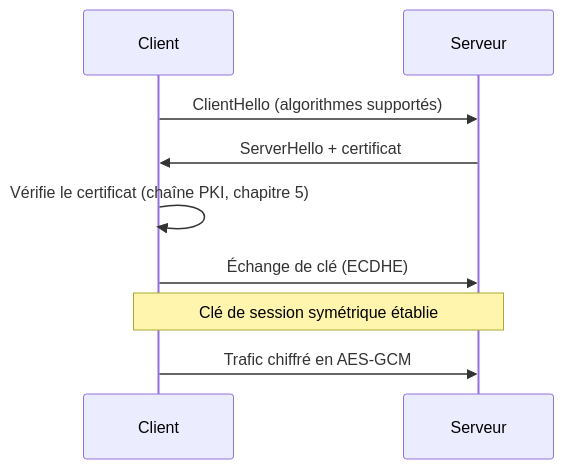
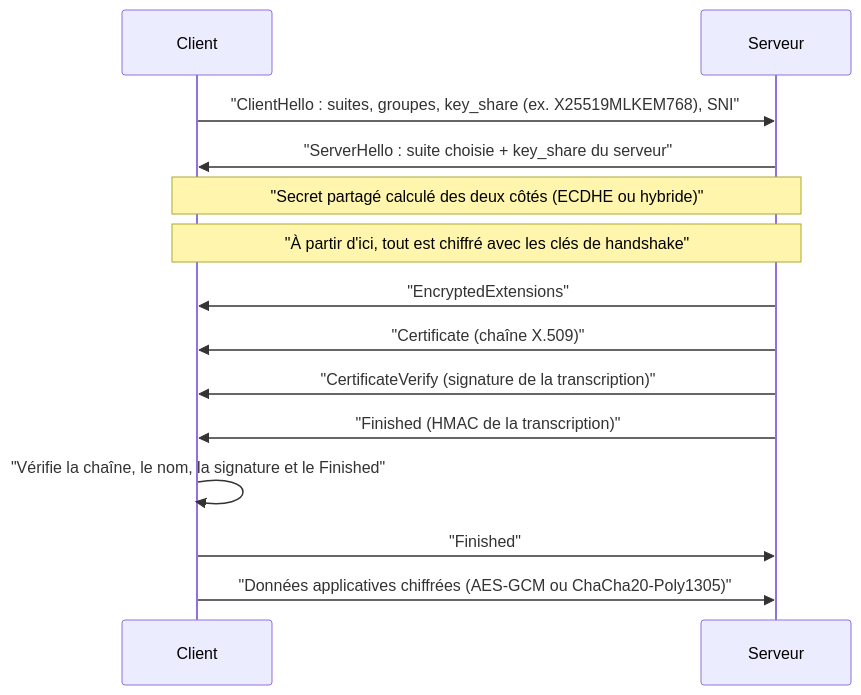
Before and after one commit to AureDulvresse/nyx: the diagram in content/courses/cryptographie/07-tls-https-en-pratique.md, drawn with Mermaid. The commit also changed other lines of this file and 167 other files, not shown here.

````diff
--- a/content/courses/cryptographie/07-tls-https-en-pratique.md
+++ b/content/courses/cryptographie/07-tls-https-en-pratique.md
@@ -21,11 +47,16 @@
 ```mermaid
 sequenceDiagram
     participant C as Client
     participant S as Serveur
-    C->>S: ClientHello (algorithmes supportés)
-    S->>C: ServerHello + certificat
-    C->>C: Vérifie le certificat (chaîne PKI, chapitre 5)
-    C->>S: Échange de clé (ECDHE)
-    Note over C,S: Clé de session symétrique établie
-    C->>S: Trafic chiffré en AES-GCM
+    C->>S: "ClientHello : suites, groupes, key_share (ex. X25519MLKEM768), SNI"
+    S->>C: "ServerHello : suite choisie + key_share du serveur"
+    Note over C,S: "Secret partagé calculé des deux côtés (ECDHE ou hybride)"
+    Note over C,S: "À partir d'ici, tout est chiffré avec les clés de handshake"
+    S->>C: "EncryptedExtensions"
+    S->>C: "Certificate (chaîne X.509)"
+    S->>C: "CertificateVerify (signature de la transcription)"
+    S->>C: "Finished (HMAC de la transcription)"
+    C->>C: "Vérifie la chaîne, le nom, la signature et le Finished"
+    C->>S: "Finished"
+    C->>S: "Données applicatives chiffrées (AES-GCM ou ChaCha20-Poly1305)"
 ```
````
